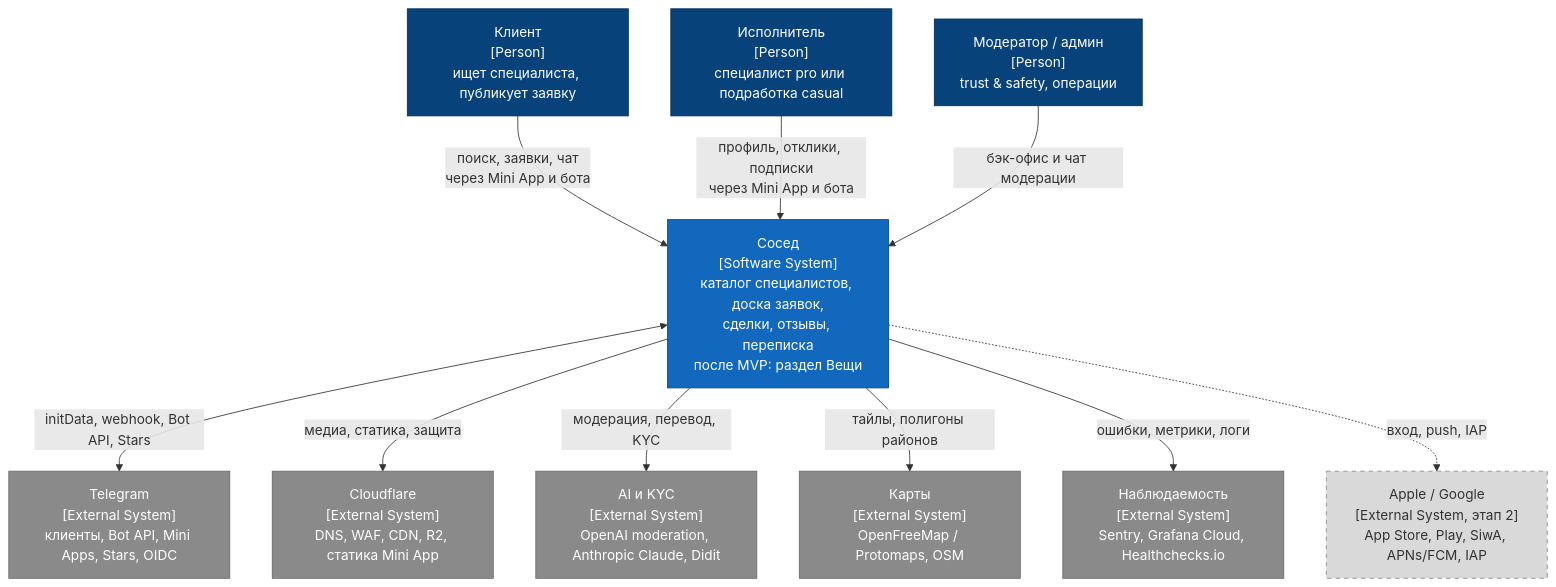
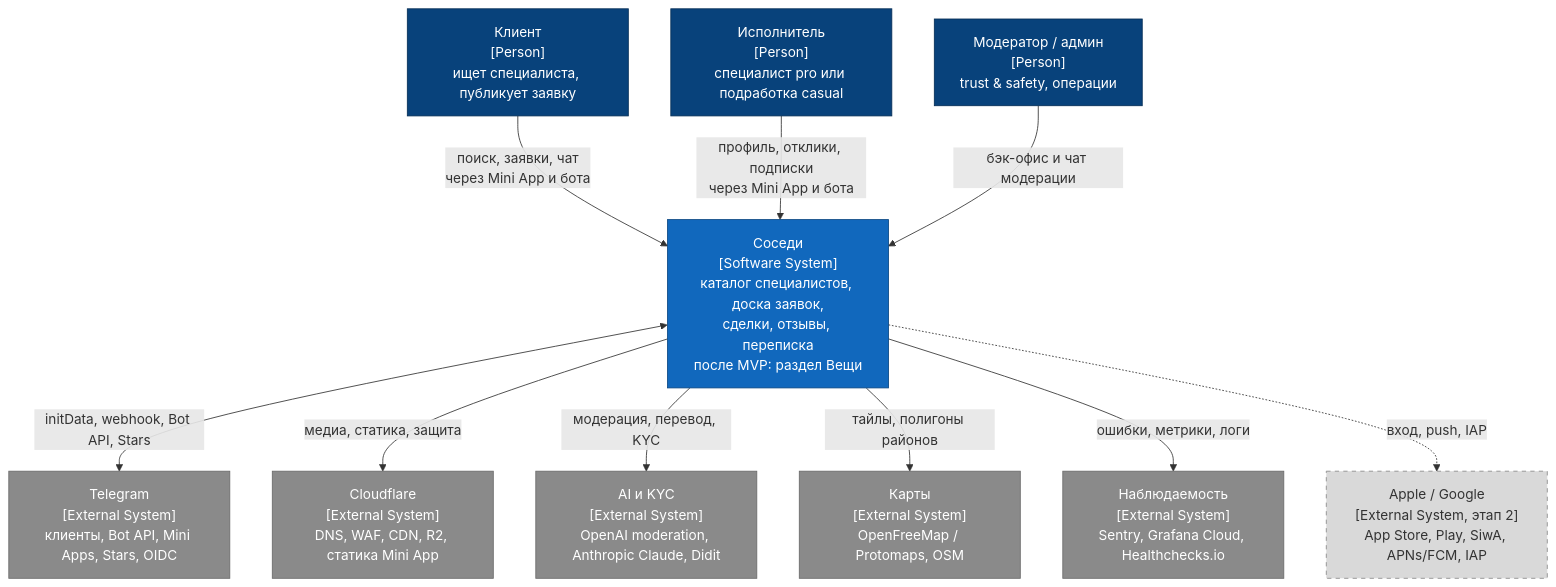
One commit to stasonkolol-source/specialist_app changed the first of 21 diagrams in docs/ARCHITECTURE.md. Above: the diagram before and after it, drawn with Mermaid. The commit also changed other lines of this file and 281 other files, not shown here.

````diff
--- a/docs/ARCHITECTURE.md
+++ b/docs/ARCHITECTURE.md
@@ -170,30 +170,30 @@
 ```mermaid
 flowchart TB
     classDef person fill:#08427b,stroke:#052e56,color:#ffffff
     classDef system fill:#1168bd,stroke:#0b4884,color:#ffffff
     classDef external fill:#8a8a8a,stroke:#6b6b6b,color:#ffffff
     classDef future fill:#d9d9d9,stroke:#8a8a8a,color:#333333,stroke-dasharray: 5 5
 
     client["Клиент<br/>[Person]<br/>ищет специалиста, публикует заявку"]:::person
     performer["Исполнитель<br/>[Person]<br/>специалист pro или подработка casual"]:::person
     staff["Модератор / админ<br/>[Person]<br/>trust & safety, операции"]:::person
 
-    platform["Сосед<br/>[Software System]<br/>каталог специалистов, доска заявок,<br/>сделки, отзывы, переписка<br/>после MVP: раздел Вещи"]:::system
+    platform["Соседи<br/>[Software System]<br/>каталог специалистов, доска заявок,<br/>сделки, отзывы, переписка<br/>после MVP: раздел Вещи"]:::system
 
     telegram["Telegram<br/>[External System]<br/>клиенты, Bot API, Mini Apps, Stars, OIDC"]:::external
     cloudflare["Cloudflare<br/>[External System]<br/>DNS, WAF, CDN, R2, статика Mini App"]:::external
     ai["AI и KYC<br/>[External System]<br/>OpenAI moderation, Anthropic Claude, Didit"]:::external
     maps["Карты<br/>[External System]<br/>OpenFreeMap / Protomaps, OSM"]:::external
     obs["Наблюдаемость<br/>[External System]<br/>Sentry, Grafana Cloud, Healthchecks.io"]:::external
     stores["Apple / Google<br/>[External System, этап 2]<br/>App Store, Play, SiwA, APNs/FCM, IAP"]:::future
 
     client -- "поиск, заявки, чат<br/>через Mini App и бота" --> platform
     performer -- "профиль, отклики, подписки<br/>через Mini App и бота" --> platform
     staff -- "бэк-офис и чат модерации" --> platform
     platform <-- "initData, webhook, Bot API, Stars" --> telegram
     platform -- "медиа, статика, защита" --> cloudflare
     platform -- "модерация, перевод, KYC" --> ai
     platform -- "тайлы, полигоны районов" --> maps
     platform -- "ошибки, метрики, логи" --> obs
     platform -. "вход, push, IAP" .-> stores
 ```
````
